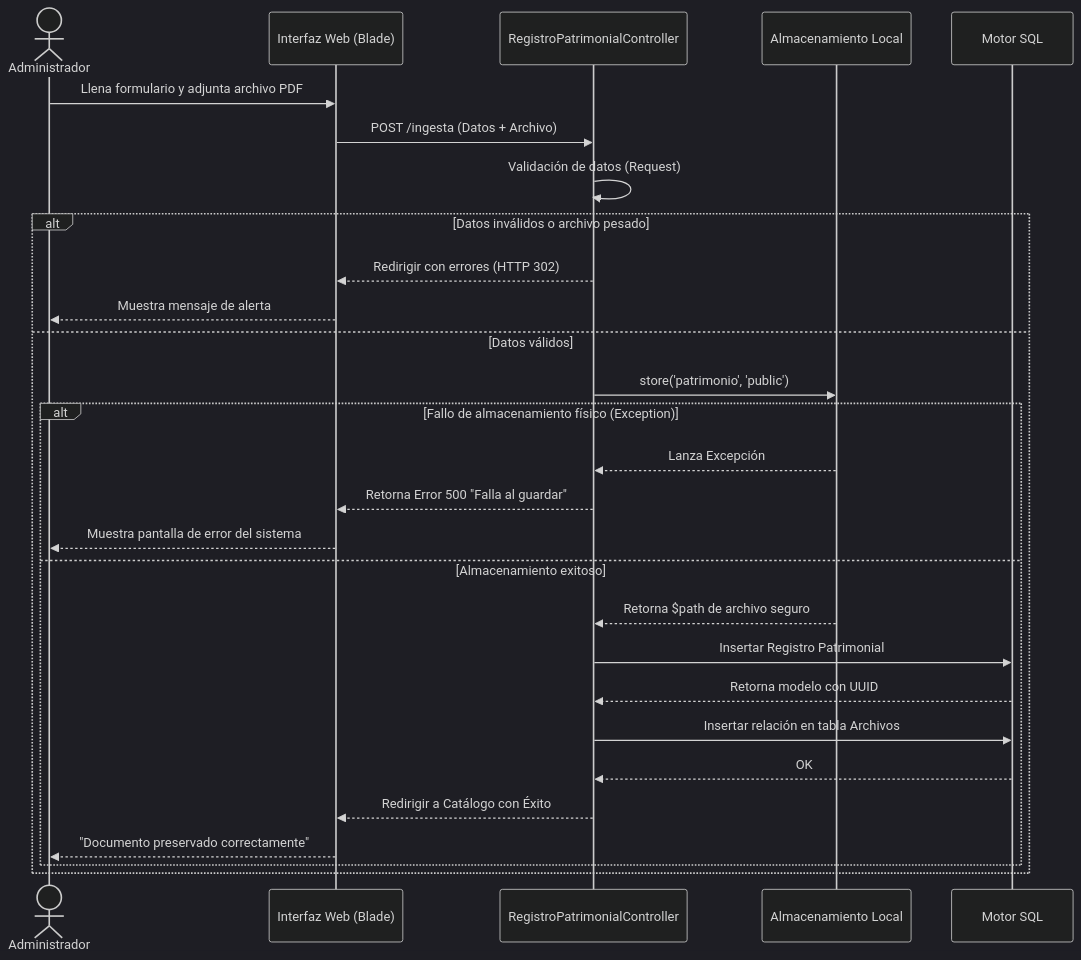
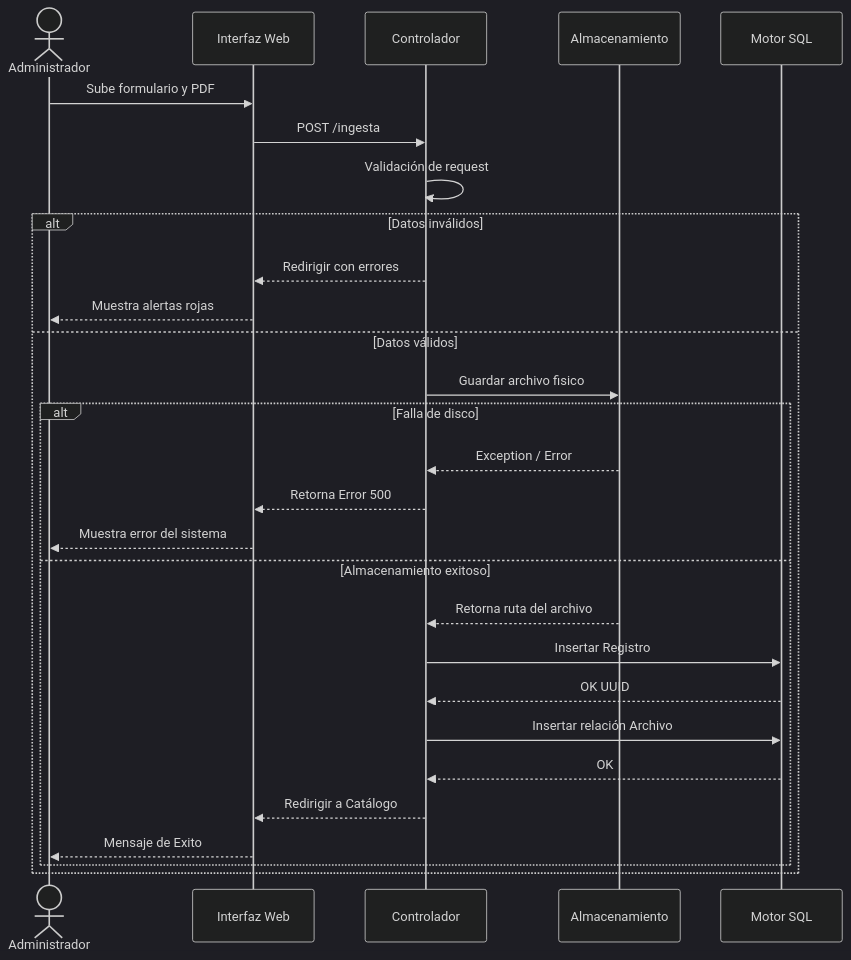
The third of 5 diagrams in README.md (TLShinobi/SGC), drawn with Mermaid (dark theme) before and after one commit. The commit also changed other lines of this file, not shown here.

Commit message:
Arreglo de Diagramas

````diff
--- a/README.md
+++ b/README.md
@@ -85,33 +82,33 @@
 ```mermaid
 sequenceDiagram
     actor Admin as Administrador
-    participant GUI as Interfaz Web (Blade)
-    participant Ctrl as RegistroPatrimonialController
-    participant Disk as Almacenamiento Local
+    participant GUI as Interfaz Web
+    participant Ctrl as Controlador
+    participant Disk as Almacenamiento
     participant DB as Motor SQL
 
-    Admin->>GUI: Llena formulario y adjunta archivo PDF
-    GUI->>Ctrl: POST /ingesta (Datos + Archivo)
-    Ctrl->>Ctrl: Validación de datos (Request)
+    Admin->>GUI: Sube formulario y PDF
+    GUI->>Ctrl: POST /ingesta
+    Ctrl->>Ctrl: Validación de request
     
-    alt Datos inválidos o archivo pesado
-        Ctrl-->>GUI: Redirigir con errores (HTTP 302)
-        GUI-->>Admin: Muestra mensaje de alerta
+    alt Datos inválidos
+        Ctrl-->>GUI: Redirigir con errores
+        GUI-->>Admin: Muestra alertas rojas
     else Datos válidos
-        Ctrl->>Disk: store('patrimonio', 'public')
+        Ctrl->>Disk: Guardar archivo fisico
         
-        alt Fallo de almacenamiento físico (Exception)
-            Disk-->>Ctrl: Lanza Excepción
-            Ctrl-->>GUI: Retorna Error 500 "Falla al guardar"
-            GUI-->>Admin: Muestra pantalla de error del sistema
+        alt Falla de disco
+            Disk-->>Ctrl: Exception / Error
+            Ctrl-->>GUI: Retorna Error 500
+            GUI-->>Admin: Muestra error del sistema
         else Almacenamiento exitoso
-            Disk-->>Ctrl: Retorna $path de archivo seguro
-            Ctrl->>DB: Insertar Registro Patrimonial
-            DB-->>Ctrl: Retorna modelo con UUID
-            Ctrl->>DB: Insertar relación en tabla Archivos
+            Disk-->>Ctrl: Retorna ruta del archivo
+            Ctrl->>DB: Insertar Registro
+            DB-->>Ctrl: OK UUID
+            Ctrl->>DB: Insertar relación Archivo
             DB-->>Ctrl: OK
-            Ctrl-->>GUI: Redirigir a Catálogo con Éxito
-            GUI-->>Admin: "Documento preservado correctamente"
+            Ctrl-->>GUI: Redirigir a Catálogo
+            GUI-->>Admin: Mensaje de Exito
         end
     end
 ```
````
